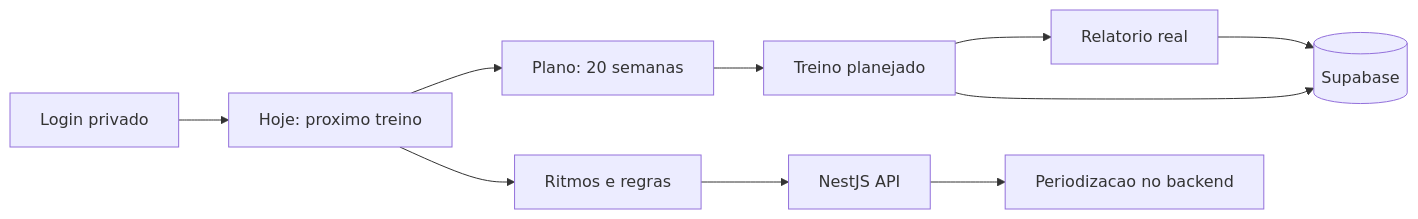
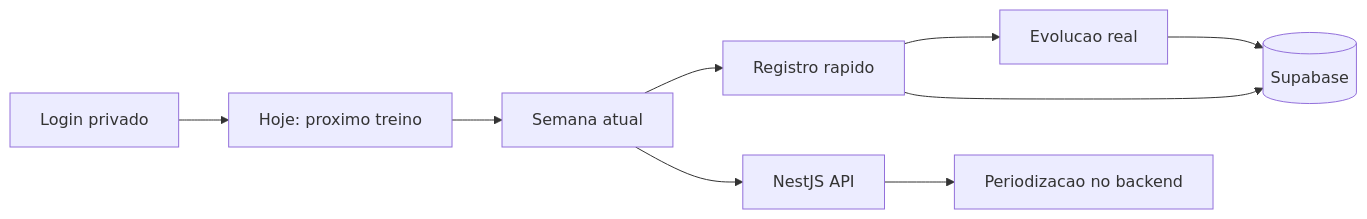
The diagram in README.md (devguilhrm/MyPace), drawn with Mermaid before and after one commit. The commit also changed other lines of this file and 4 other files, not shown here.

Commit message:
Make MyPace solo daily runner flow

````diff
--- a/README.md
+++ b/README.md
@@ -19,12 +18,11 @@
 ```mermaid
 flowchart LR
   Login[Login privado] --> Hoje[Hoje: proximo treino]
-  Hoje --> Plano[Plano: 20 semanas]
-  Plano --> Treino[Treino planejado]
-  Treino --> Relatorio[Relatorio real]
-  Hoje --> Ritmos[Ritmos e regras]
-  Treino --> Supabase[(Supabase)]
-  Relatorio --> Supabase
-  Ritmos --> API[NestJS API]
+  Hoje --> Semana[Semana atual]
+  Semana --> Registro[Registro rapido]
+  Registro --> Evolucao[Evolucao real]
+  Registro --> Supabase[(Supabase)]
+  Evolucao --> Supabase
+  Semana --> API[NestJS API]
   API --> PlanoBase[Periodizacao no backend]
 ```
````
